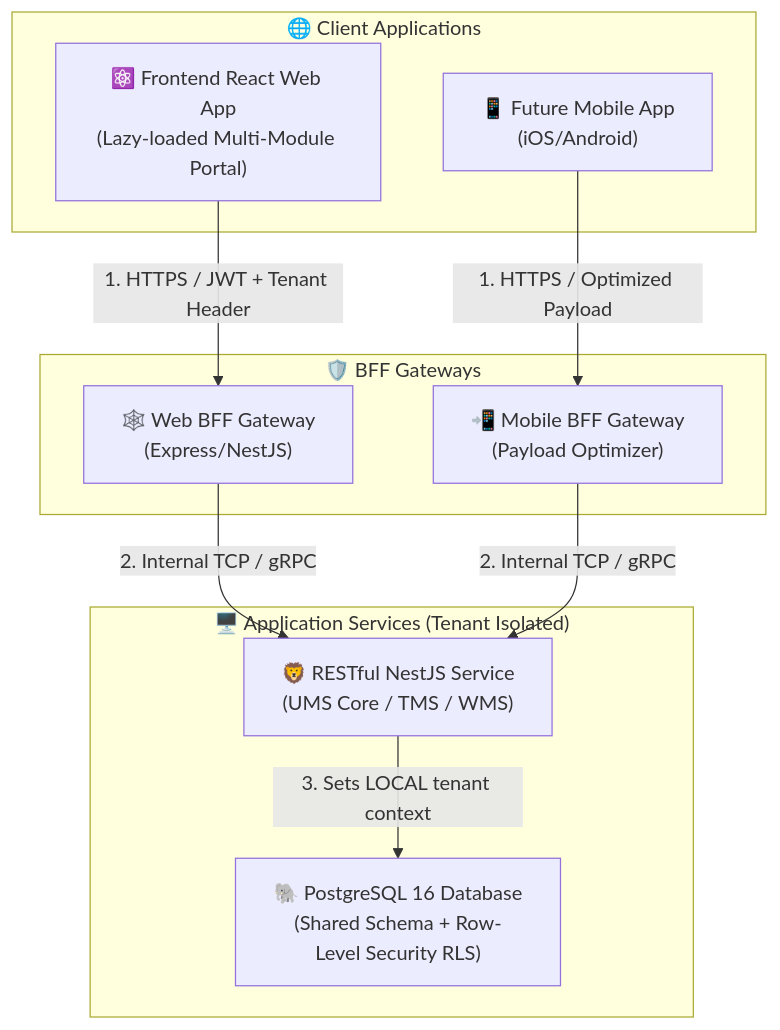
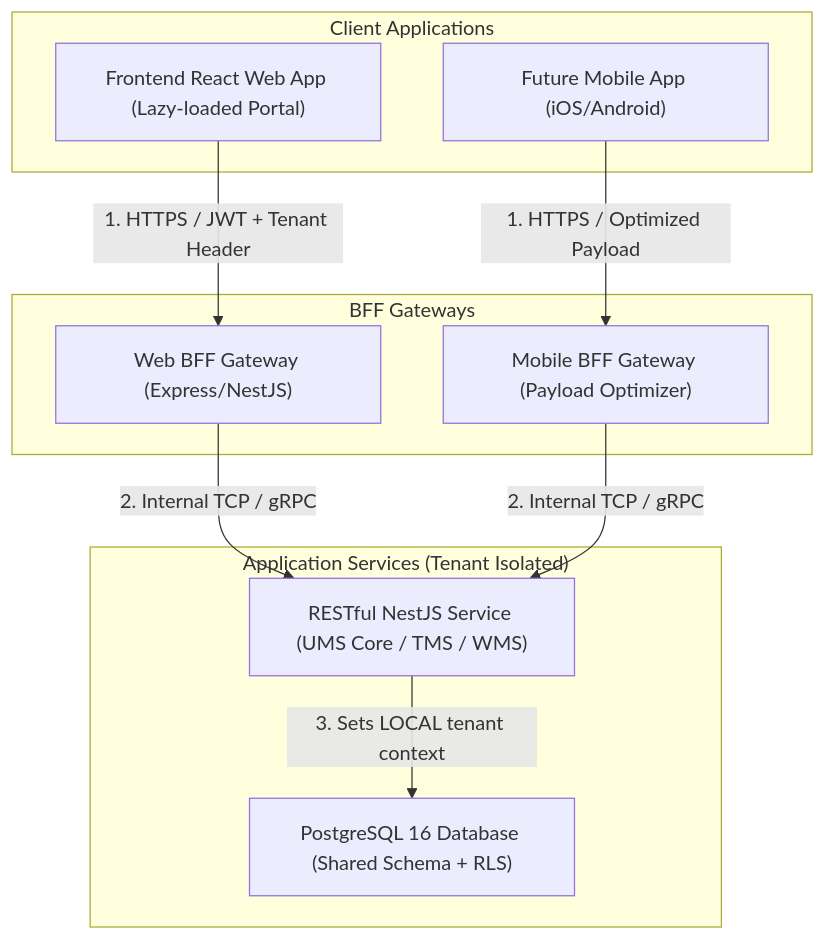
The second of 3 diagrams in ums-workspace/docs/02-architecture/architecture-spec.md (beyondnetcode/arc32_progresive_monolith), drawn with Mermaid before and after one commit. The commit also changed other lines of this file and 4 other files, not shown here.

Commit message:
docs(bmad): validate and update all Mermaid blocks to emoji-free specs & integrate ADR-0021

````diff
--- a/ums-workspace/docs/02-architecture/architecture-spec.md
+++ b/ums-workspace/docs/02-architecture/architecture-spec.md
@@ -58,23 +58,23 @@
 ```mermaid
 graph TD
-    subgraph Clients["🌐 Client Applications"]
-        ReactApp["⚛️ Frontend React Web App<br/>(Lazy-loaded Multi-Module Portal)"]
-        MobileApp["📱 Future Mobile App<br/>(iOS/Android)"]
+    subgraph Clients["Client Applications"]
+        ReactApp["Frontend React Web App (Lazy-loaded Portal)"]
+        MobileApp["Future Mobile App (iOS/Android)"]
     end
 
-    subgraph Gateways["🛡️ BFF Gateways"]
-        WebBFF["🕸️ Web BFF Gateway<br/>(Express/NestJS)"]
-        MobileBFF["📲 Mobile BFF Gateway<br/>(Payload Optimizer)"]
+    subgraph Gateways["BFF Gateways"]
+        WebBFF["Web BFF Gateway (Express/NestJS)"]
+        MobileBFF["Mobile BFF Gateway (Payload Optimizer)"]
     end
 
-    subgraph Server["🖥️ Application Services (Tenant Isolated)"]
-        NestAPI["🦁 RESTful NestJS Service<br/>(UMS Core / TMS / WMS)"]
-        PostgresDB["🐘 PostgreSQL 16 Database<br/>(Shared Schema + Row-Level Security RLS)"]
+    subgraph Server["Application Services (Tenant Isolated)"]
+        NestAPI["RESTful NestJS Service (UMS Core / TMS / WMS)"]
+        PostgresDB["PostgreSQL 16 Database (Shared Schema + RLS)"]
     end
 
     ReactApp -->|1. HTTPS / JWT + Tenant Header| WebBFF
     MobileApp -->|1. HTTPS / Optimized Payload| MobileBFF
     WebBFF -->|2. Internal TCP / gRPC| NestAPI
     MobileBFF -->|2. Internal TCP / gRPC| NestAPI
     NestAPI -->|3. Sets LOCAL tenant context| PostgresDB
 ```
````
